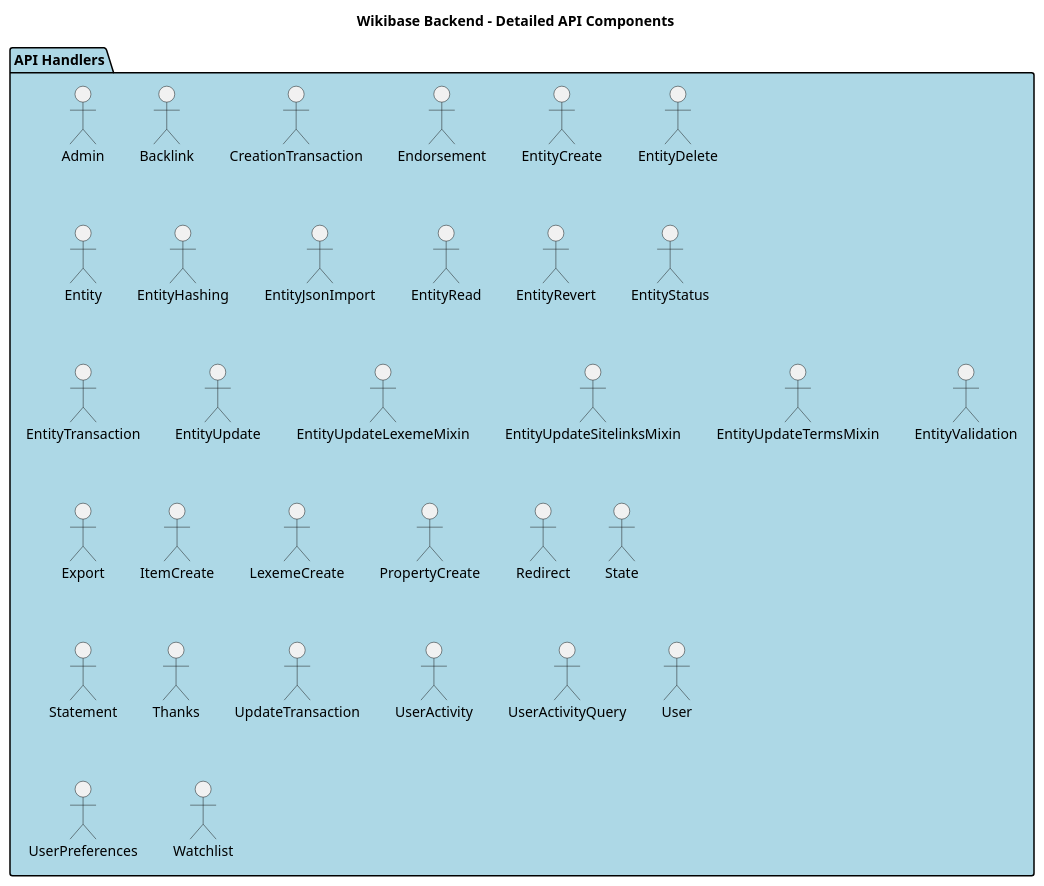
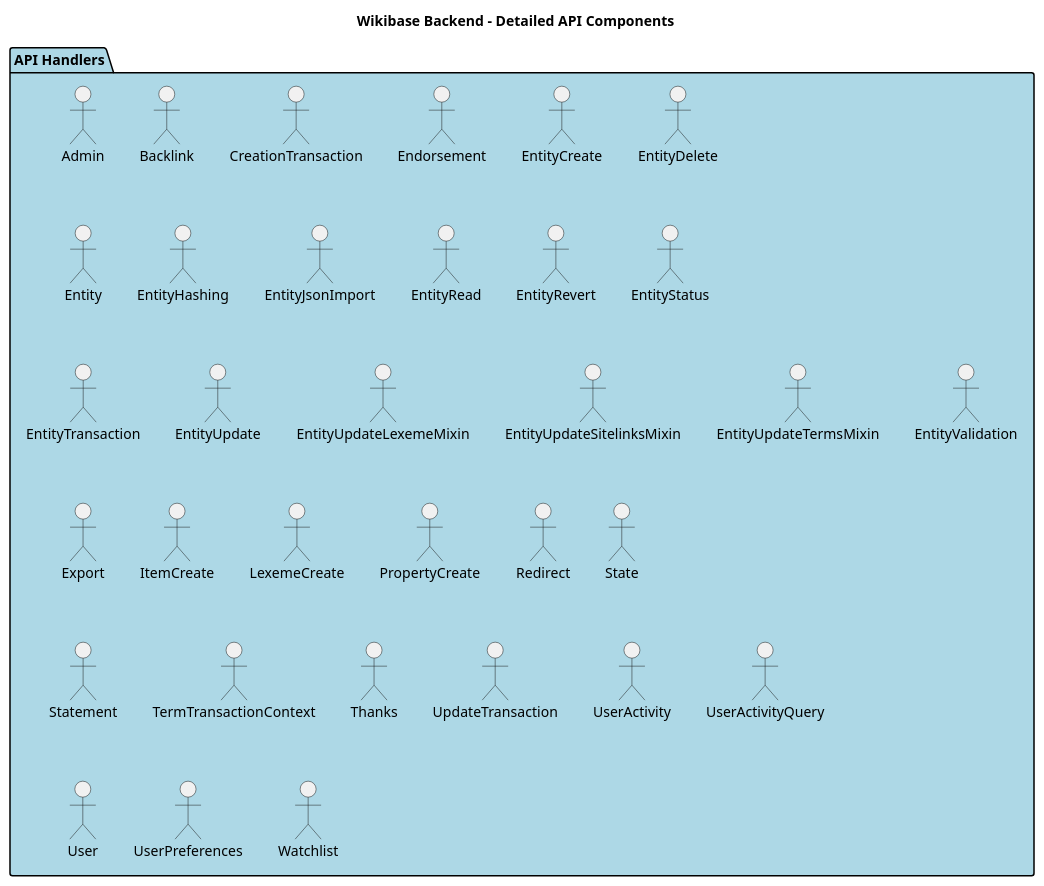
The diagram in docs/DIAGRAMS/detailed_api_components.puml (dpriskorn/entitybase-backend), drawn with PlantUML before and after one commit. The commit also changed 11 other files, not shown here.

```diff
--- a/docs/DIAGRAMS/detailed_api_components.puml
+++ b/docs/DIAGRAMS/detailed_api_components.puml
@@ -1,40 +1,41 @@
 @startuml Detailed API Components
 
 title Wikibase Backend - Detailed API Components
 
 package "API Handlers" as APIHandlers #LightBlue {
     "Admin" as AdminHandler
     "Backlink" as BacklinkHandler
     "CreationTransaction" as CreationTransaction
     "Endorsement" as EndorsementHandler
     "EntityCreate" as EntityCreateHandler
     "EntityDelete" as EntityDeleteHandler
     "Entity" as EntityHandler
     "EntityHashing" as EntityHashingService
     "EntityJsonImport" as EntityJsonImportHandler
     "EntityRead" as EntityReadHandler
     "EntityRevert" as EntityRevertHandler
     "EntityStatus" as EntityStatusHandler
     "EntityTransaction" as EntityTransaction
     "EntityUpdate" as EntityUpdateHandler
     "EntityUpdateLexemeMixin" as EntityUpdateLexemeMixin
     "EntityUpdateSitelinksMixin" as EntityUpdateSitelinksMixin
     "EntityUpdateTermsMixin" as EntityUpdateTermsMixin
     "EntityValidation" as EntityValidationService
     "Export" as ExportHandler
     "ItemCreate" as ItemCreateHandler
     "LexemeCreate" as LexemeCreateHandler
     "PropertyCreate" as PropertyCreateHandler
     "Redirect" as RedirectHandler
     "State" as StateHandler
     "Statement" as StatementHandler
+    "TermTransactionContext" as TermTransactionContext
     "Thanks" as ThanksHandler
     "UpdateTransaction" as UpdateTransaction
     "UserActivity" as UserActivityHandler
     "UserActivityQuery" as UserActivityQuery
     "User" as UserHandler
     "UserPreferences" as UserPreferencesHandler
     "Watchlist" as WatchlistHandler
 }
 
 @enduml
```
